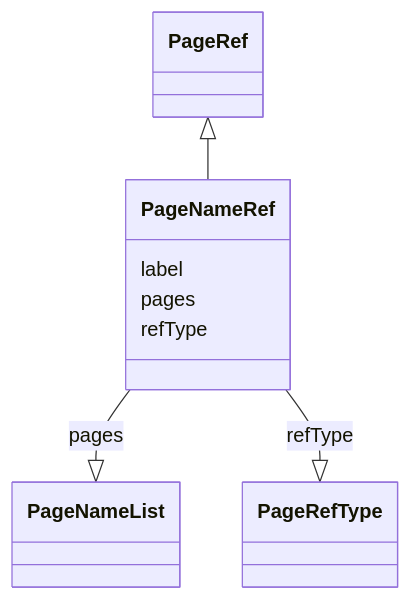
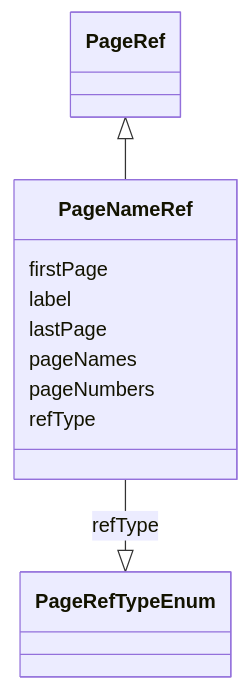
Before and after one commit to cdisc-org/analysis-results-standard: the diagram in project/docs/PageNameRef.md, drawn with Mermaid. The commit also changed other lines of this file and 281 other files, not shown here.

````diff
--- a/project/docs/PageNameRef.md
+++ b/project/docs/PageNameRef.md
@@ -14,17 +14,21 @@
 ```mermaid
  classDiagram
     class PageNameRef
       PageRef <|-- PageNameRef
       
+      PageNameRef : firstPage
+        
       PageNameRef : label
         
-      PageNameRef : pages
+      PageNameRef : lastPage
         
-          PageNameRef --|> PageNameList : pages
+      PageNameRef : pageNames
+        
+      PageNameRef : pageNumbers
         
       PageNameRef : refType
         
-          PageNameRef --|> PageRefType : refType
+          PageNameRef --|> PageRefTypeEnum : refType
         
       
 ```
````
